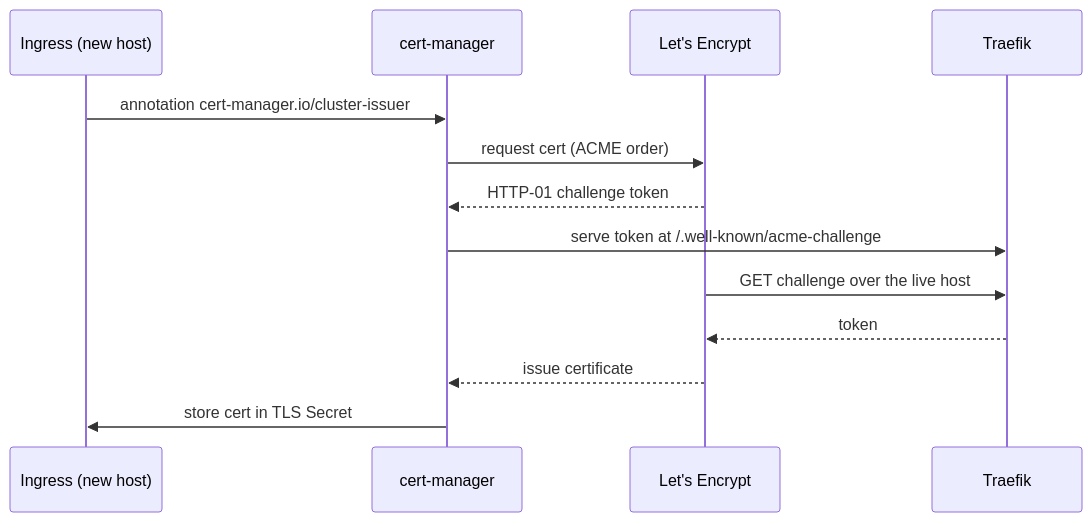
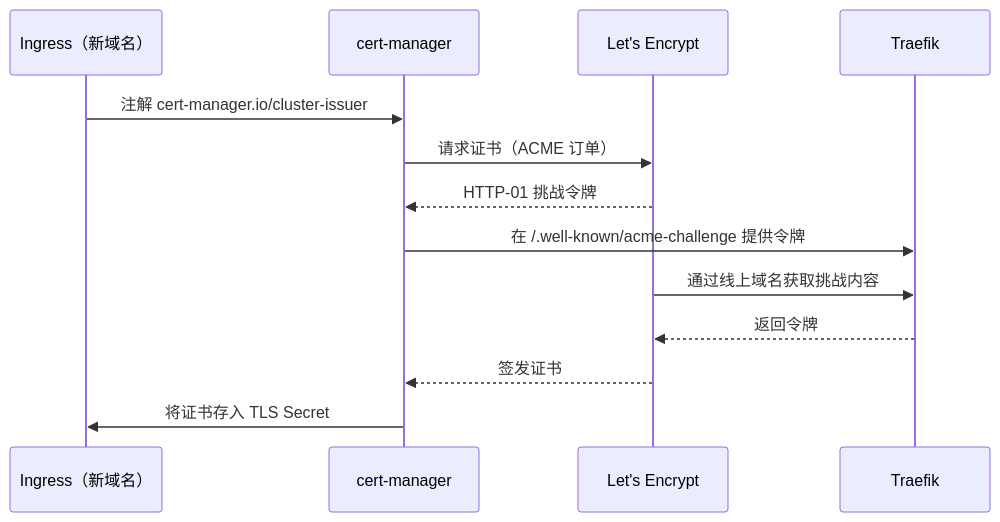
Before and after one commit to geffzhang/cloudhomelab: the fourth of 4 diagrams in docs/architecture/overview.md, drawn with Mermaid. The commit also changed other lines of this file and 30 other files, not shown here.

````diff
--- a/docs/architecture/overview.md
+++ b/docs/architecture/overview.md
@@ -118,16 +93,16 @@
 ```mermaid
 sequenceDiagram
-    participant Ing as Ingress (new host)
+    participant Ing as Ingress（新域名）
     participant CM as cert-manager
     participant LE as Let's Encrypt
     participant TR as Traefik
 
-    Ing->>CM: annotation cert-manager.io/cluster-issuer
-    CM->>LE: request cert (ACME order)
-    LE-->>CM: HTTP-01 challenge token
-    CM->>TR: serve token at /.well-known/acme-challenge
-    LE->>TR: GET challenge over the live host
-    TR-->>LE: token
-    LE-->>CM: issue certificate
-    CM->>Ing: store cert in TLS Secret
+    Ing->>CM: 注解 cert-manager.io/cluster-issuer
+    CM->>LE: 请求证书（ACME 订单）
+    LE-->>CM: HTTP-01 挑战令牌
+    CM->>TR: 在 /.well-known/acme-challenge 提供令牌
+    LE->>TR: 通过线上域名获取挑战内容
+    TR-->>LE: 返回令牌
+    LE-->>CM: 签发证书
+    CM->>Ing: 将证书存入 TLS Secret
 ```
````
